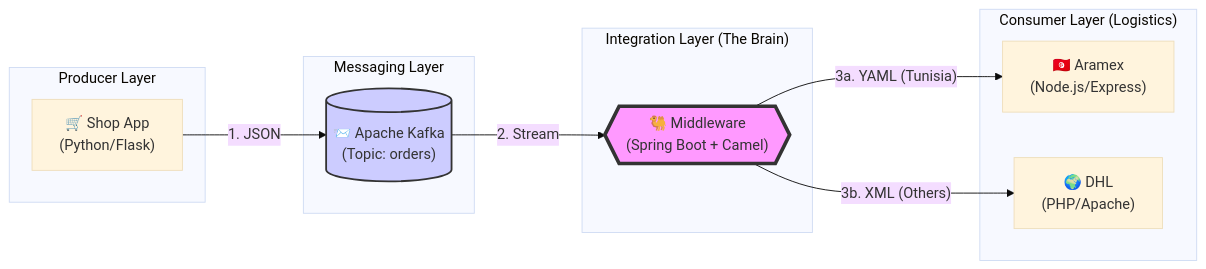
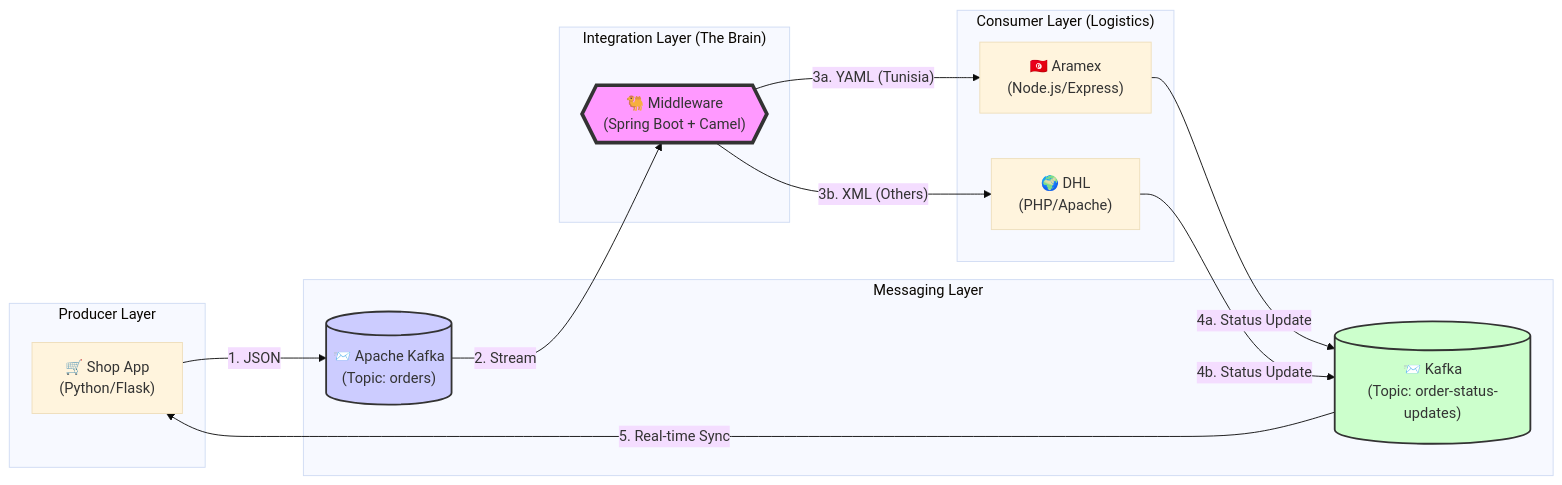
Before and after one commit to oussemabouchoucha/Kafka-Camel-Integration-Demo: the diagram in README.md, drawn with Mermaid (base theme). The commit also changed other lines of this file, not shown here.

First line of the commit message:
docs: Update README with Kafka status update features

````diff
--- a/README.md
+++ b/README.md
@@ -136,32 +176,37 @@
 ```mermaid
 graph LR
     subgraph "Producer Layer"
         P["🛒 Shop App<br/>(Python/Flask)"]
     end
 
 
     subgraph "Messaging Layer"
         K[("📨 Apache Kafka<br/>(Topic: orders)")]
+        KS[("📨 Kafka<br/>(Topic: order-status-updates)")]
     end
 
 
     subgraph "Integration Layer (The Brain)"
         C{{"🐫 Middleware<br/>(Spring Boot + Camel)"}}
     end
 
 
     subgraph "Consumer Layer (Logistics)"
         A["🇹🇳 Aramex<br/>(Node.js/Express)"]
         D["🌍 DHL<br/>(PHP/Apache)"]
     end
 
 
     P -- "1. JSON" --> K
     K -- "2. Stream" --> C
     C -- "3a. YAML (Tunisia)" --> A
     C -- "3b. XML (Others)" --> D
+    A -- "4a. Status Update" --> KS
+    D -- "4b. Status Update" --> KS
+    KS -- "5. Real-time Sync" --> P
 
 
     style C fill:#f9f,stroke:#333,stroke-width:4px
     style K fill:#ccf,stroke:#333,stroke-width:2px
+    style KS fill:#cfc,stroke:#333,stroke-width:2px
 ```
````
